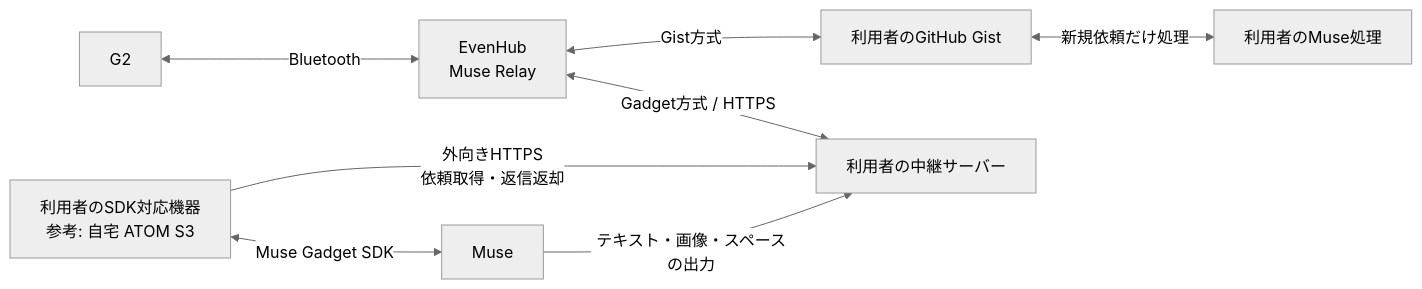
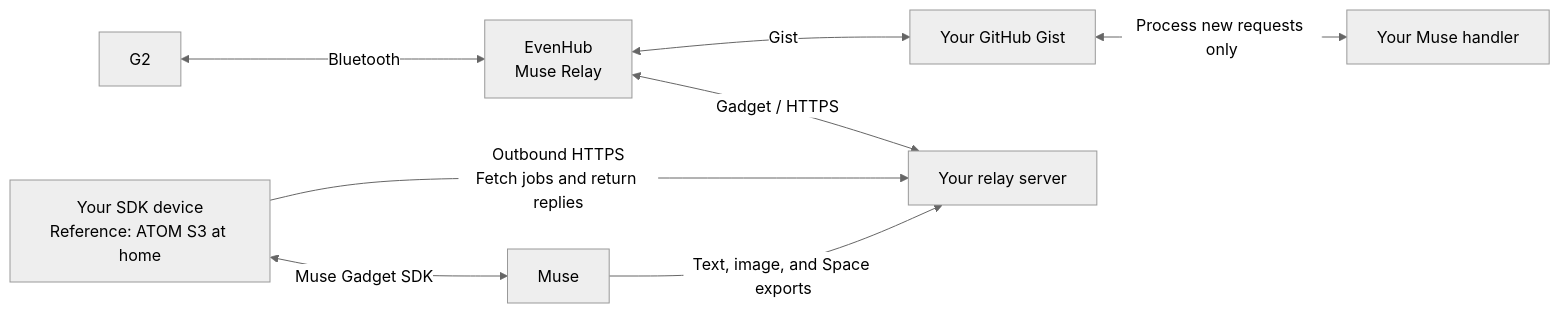
Before and after one commit to 3mintimer/muse-relay: the first of 5 diagrams in docs/protocol.md, drawn with Mermaid (neutral theme). The commit also changed other lines of this file and 49 other files, not shown here.

````diff
--- a/docs/protocol.md
+++ b/docs/protocol.md
@@ -11,10 +13,10 @@
 ```mermaid
 flowchart LR
   G2[G2] <-->|Bluetooth| Phone[EvenHub<br/>Muse Relay]
-  Phone <-->|Gist方式| Gist[利用者のGitHub Gist]
-  Gist <-->|新規依頼だけ処理| Handler[利用者のMuse処理]
-  Phone <-->|Gadget方式 / HTTPS| Relay[利用者の中継サーバー]
-  ATOM[利用者のSDK対応機器<br/>参考: 自宅 ATOM S3] -->|外向きHTTPS<br/>依頼取得・返信返却| Relay
+  Phone <-->|Gist| Gist[Your GitHub Gist]
+  Gist <-->|Process new requests only| Handler[Your Muse handler]
+  Phone <-->|Gadget / HTTPS| Relay[Your relay server]
+  ATOM[Your SDK device<br/>Reference: ATOM S3 at home] -->|Outbound HTTPS<br/>Fetch jobs and return replies| Relay
   ATOM <-->|Muse Gadget SDK| Muse[Muse]
-  Muse -->|テキスト・画像・スペースの出力| Relay
+  Muse -->|Text, image, and Space exports| Relay
 ```
````
